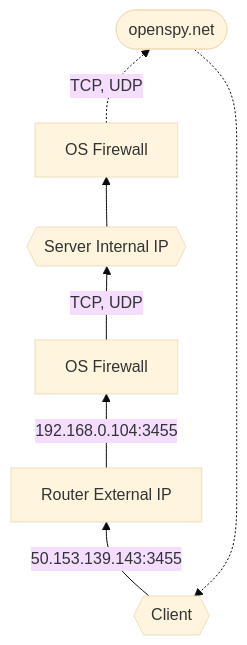
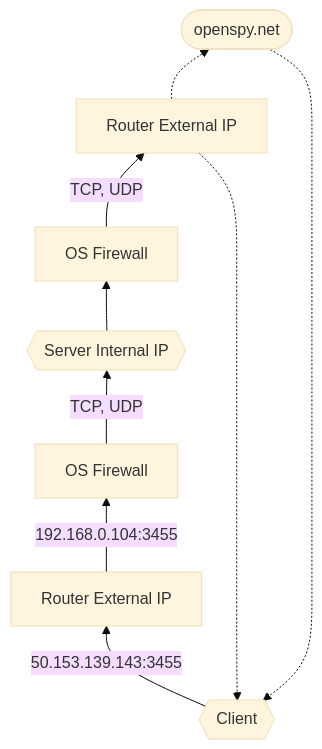
Before and after one commit to t3r6/pkdocs: the diagram in docs/guides/multiplayer/od-firewall-config.md, drawn with Mermaid (base theme). The commit also changed other lines of this file and 9 other files, not shown here.

````diff
--- a/docs/guides/multiplayer/od-firewall-config.md
+++ b/docs/guides/multiplayer/od-firewall-config.md
@@ -7,9 +7,11 @@
 ``` mermaid
 flowchart BT
   A{{Client}} -->|50.153.139.143:3455| B[Router External IP];
   B -->|192.168.0.104:3455| C[OS Firewall];
   C -->|TCP, UDP| D{{Server Internal IP}};
   D --> E[OS Firewall];
-  E -.->|TCP, UDP| F([openspy.net]);
-  F -.-> A
+  E -->|TCP, UDP| F[Router External IP];
+  F -.-> A;
+  F -.-> J([openspy.net]);
+  J -.-> A;
 ```
````
